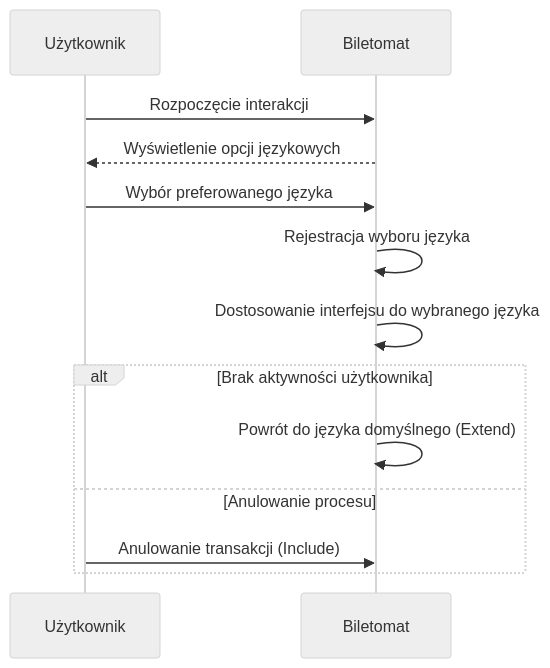
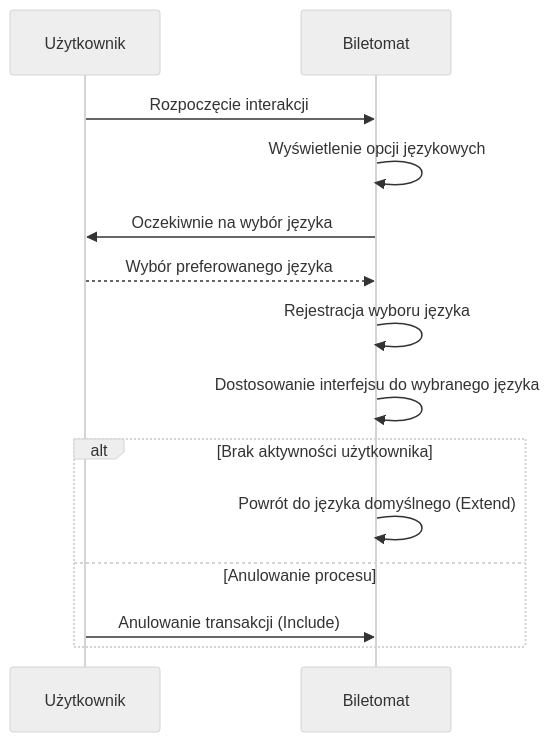
Before and after one commit to s3r10us3r/mwo_lab4: the seventh of 7 diagrams in biletomat.md, drawn with Mermaid (neutral theme). The commit also changed other lines of this file, not shown here.

````diff
--- a/biletomat.md
+++ b/biletomat.md
@@ -111,17 +113,18 @@
 ```mermaid
 sequenceDiagram
     participant Użytkownik as Użytkownik
     participant Biletomat as Biletomat
 
     Użytkownik->>Biletomat: Rozpoczęcie interakcji
-    Biletomat-->>Użytkownik: Wyświetlenie opcji językowych 
-    Użytkownik->>Biletomat: Wybór preferowanego języka
+    Biletomat->>Biletomat: Wyświetlenie opcji językowych
+    Biletomat->>Użytkownik:Oczekiwnie na wybór języka
+    Użytkownik-->>Biletomat: Wybór preferowanego języka
     Biletomat->>Biletomat: Rejestracja wyboru języka
     Biletomat->>Biletomat: Dostosowanie interfejsu do wybranego języka
     alt Brak aktywności użytkownika
         Biletomat->>Biletomat: Powrót do języka domyślnego (Extend)
     else Anulowanie procesu
         Użytkownik->>Biletomat: Anulowanie transakcji (Include)
     end
 
 ```
````
